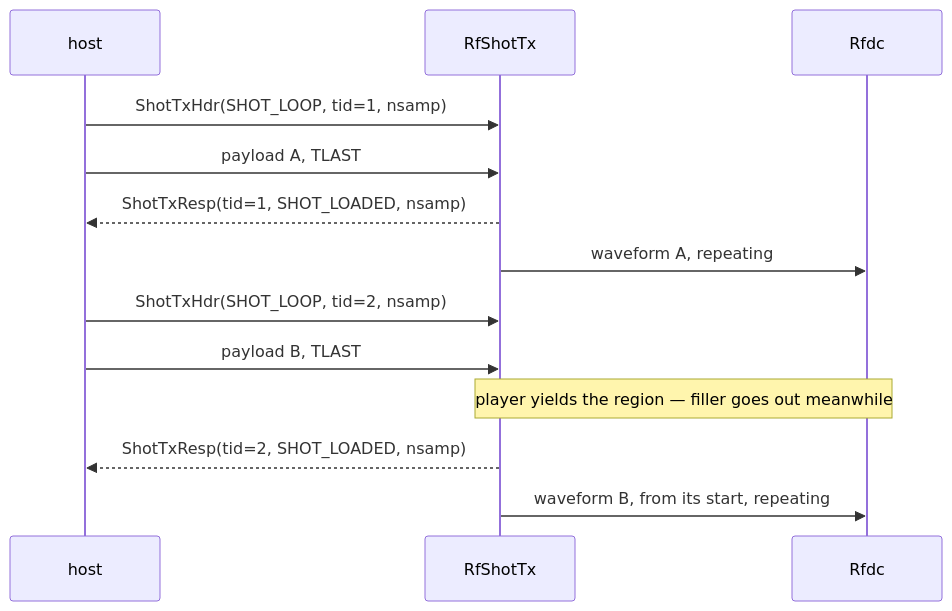
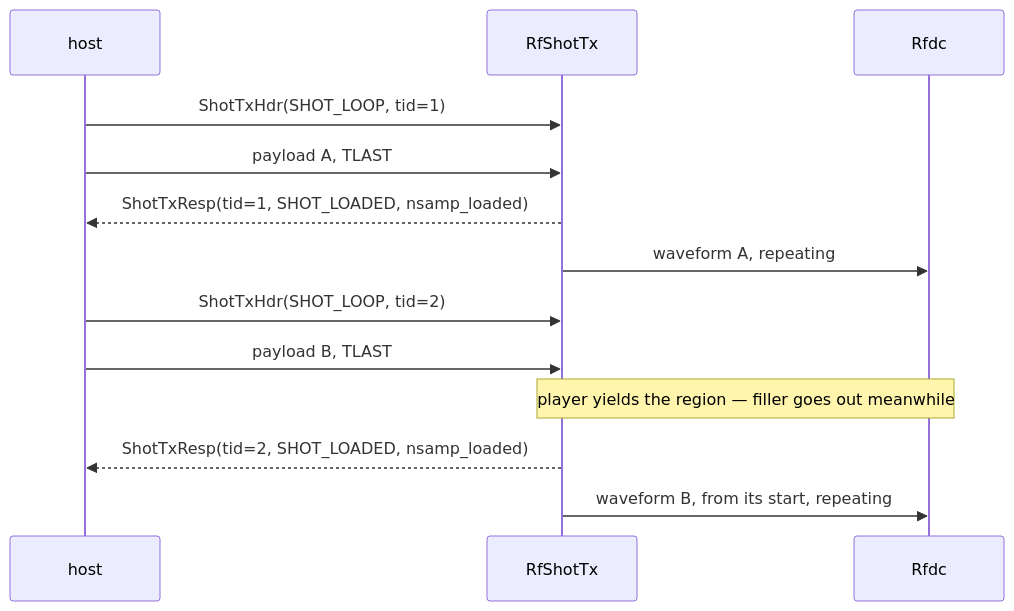
The second of 3 diagrams in docs/guide/rf/rfshotbuf/tx.md (sdrangan/waveflow), drawn with Mermaid before and after one commit. The commit also changed other lines of this file and 19 other files, not shown here.

````diff
--- a/docs/guide/rf/rfshotbuf/tx.md
+++ b/docs/guide/rf/rfshotbuf/tx.md
@@ -176,15 +187,15 @@
 ```mermaid
 sequenceDiagram
     participant H as host
     participant T as RfShotTx
     participant D as Rfdc
-    H->>T: ShotTxHdr(SHOT_LOOP, tid=1, nsamp)
+    H->>T: ShotTxHdr(SHOT_LOOP, tid=1)
     H->>T: payload A, TLAST
-    T-->>H: ShotTxResp(tid=1, SHOT_LOADED, nsamp)
+    T-->>H: ShotTxResp(tid=1, SHOT_LOADED, nsamp_loaded)
     T->>D: waveform A, repeating
-    H->>T: ShotTxHdr(SHOT_LOOP, tid=2, nsamp)
+    H->>T: ShotTxHdr(SHOT_LOOP, tid=2)
     H->>T: payload B, TLAST
     Note over T,D: player yields the region — filler goes out meanwhile
-    T-->>H: ShotTxResp(tid=2, SHOT_LOADED, nsamp)
+    T-->>H: ShotTxResp(tid=2, SHOT_LOADED, nsamp_loaded)
     T->>D: waveform B, from its start, repeating
 ```
````
